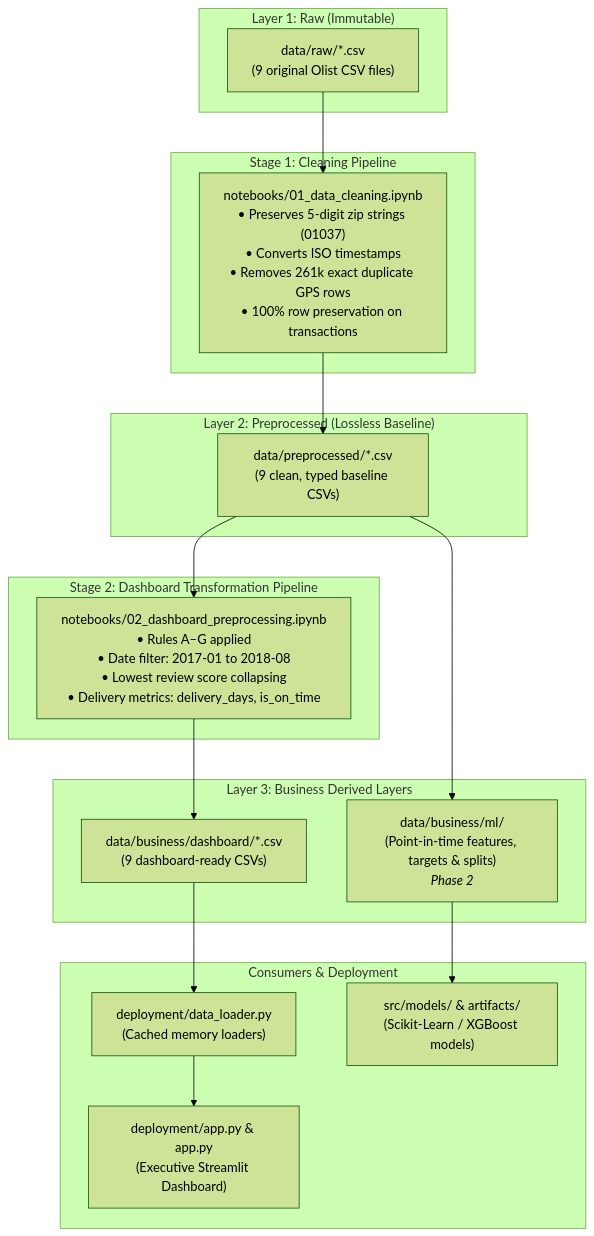
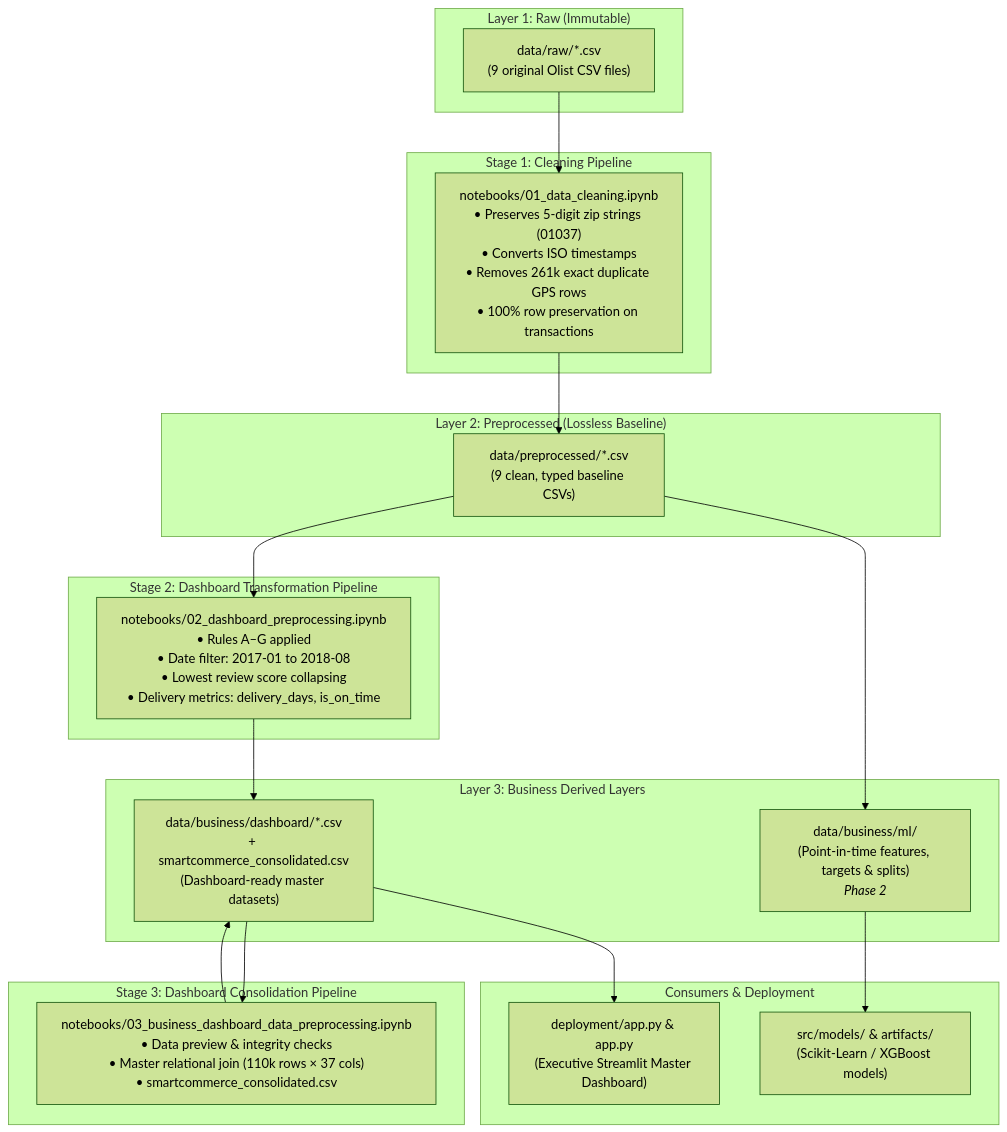
Before and after one commit to wuqianzong/Team11_IT5006_Ecommerce_Analytics_AY2627Sem1: the diagram in docs/data_architecture.md, drawn with Mermaid (forest theme). The commit also changed other lines of this file and 11 other files, not shown here.

First line of the commit message:
refactor: switch dashboard to matplotlib, consolidate data pipeline, and clean dependencies

````diff
--- a/docs/data_architecture.md
+++ b/docs/data_architecture.md
@@ -23,34 +23,38 @@
 ```mermaid
 flowchart TD
     subgraph Layer1 ["Layer 1: Raw (Immutable)"]
         Raw["data/raw/*.csv<br>(9 original Olist CSV files)"]
     end
 
     subgraph Notebook1 ["Stage 1: Cleaning Pipeline"]
         NB1["notebooks/01_data_cleaning.ipynb<br>• Preserves 5-digit zip strings (01037)<br>• Converts ISO timestamps<br>• Removes 261k exact duplicate GPS rows<br>• 100% row preservation on transactions"]
     end
 
     subgraph Layer2 ["Layer 2: Preprocessed (Lossless Baseline)"]
         Preprocessed["data/preprocessed/*.csv<br>(9 clean, typed baseline CSVs)"]
     end
 
     subgraph Notebook2 ["Stage 2: Dashboard Transformation Pipeline"]
         NB2["notebooks/02_dashboard_preprocessing.ipynb<br>• Rules A–G applied<br>• Date filter: 2017-01 to 2018-08<br>• Lowest review score collapsing<br>• Delivery metrics: delivery_days, is_on_time"]
     end
 
+    subgraph Notebook3 ["Stage 3: Dashboard Consolidation Pipeline"]
+        NB3["notebooks/03_business_dashboard_data_preprocessing.ipynb<br>• Data preview & integrity checks<br>• Master relational join (110k rows × 37 cols)<br>• smartcommerce_consolidated.csv"]
+    end
+
     subgraph Layer3 ["Layer 3: Business Derived Layers"]
-        BizDash["data/business/dashboard/*.csv<br>(9 dashboard-ready CSVs)"]
+        BizDash["data/business/dashboard/*.csv<br>+ smartcommerce_consolidated.csv<br>(Dashboard-ready master datasets)"]
         BizML["data/business/ml/<br>(Point-in-time features, targets & splits)<br><i>Phase 2</i>"]
     end
 
     subgraph Consumers ["Consumers & Deployment"]
-        Loader["deployment/data_loader.py<br>(Cached memory loaders)"]
-        Streamlit["deployment/app.py & app.py<br>(Executive Streamlit Dashboard)"]
+        Streamlit["deployment/app.py & app.py<br>(Executive Streamlit Master Dashboard)"]
         MLModels["src/models/ & artifacts/<br>(Scikit-Learn / XGBoost models)"]
     end
 
     Raw --> NB1 --> Preprocessed
     Preprocessed --> NB2 --> BizDash
-    BizDash --> Loader --> Streamlit
+    BizDash --> NB3 --> BizDash
+    BizDash --> Streamlit
     Preprocessed --> BizML --> MLModels
 ```
````
